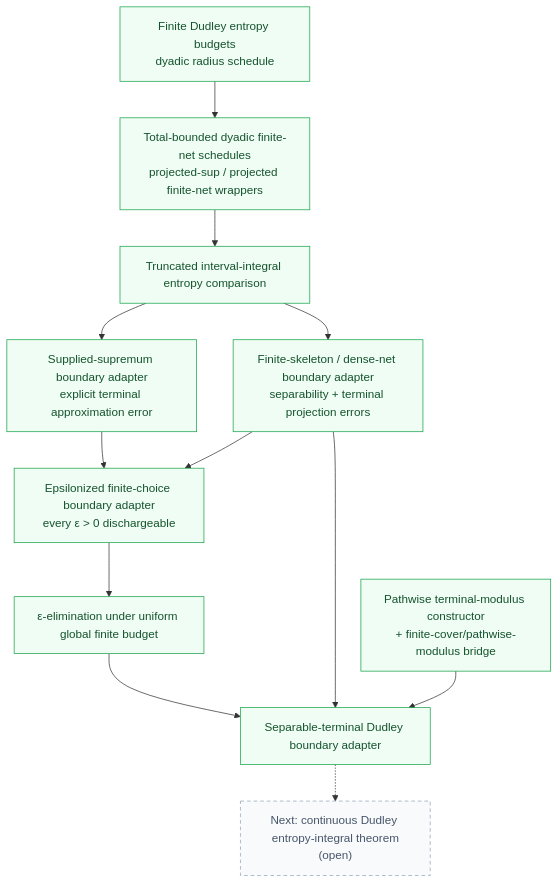
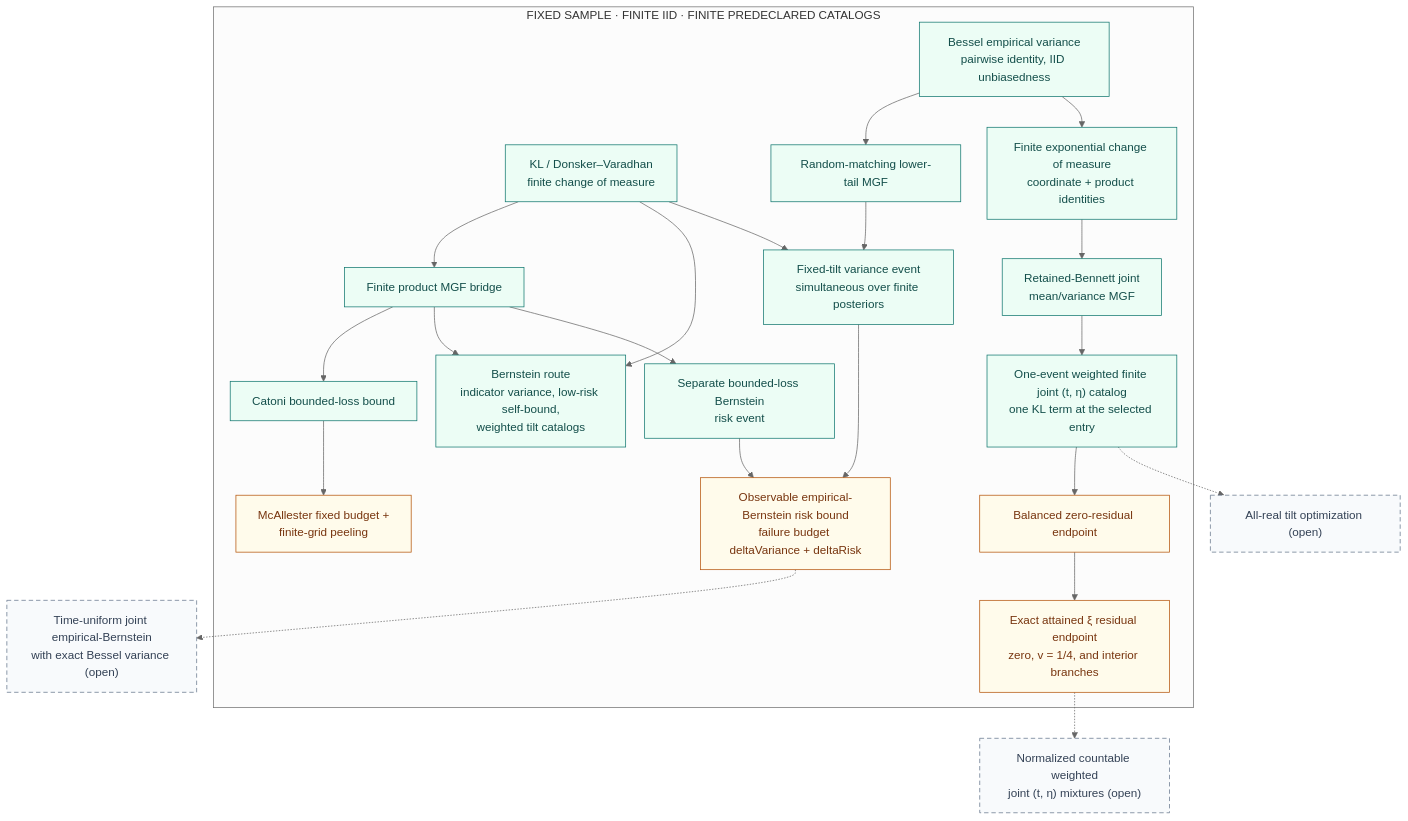
The third of 4 diagrams in docs/diagrams.md (Robby955/FormalSLT), drawn with Mermaid before and after one commit. The commit also changed other lines of this file and 4 other files, not shown here.

First line of the commit message:
docs: refresh visual theorem map to current checked surface

````diff
--- a/docs/diagrams.md
+++ b/docs/diagrams.md
@@ -157,26 +113,51 @@
 ```mermaid
+%%{init: {'theme': 'neutral', 'flowchart': {'rankSpacing': 42, 'nodeSpacing': 26}}}%%
 flowchart TD
-    budgets["Finite Dudley entropy budgets<br/>dyadic radius schedule"]
-    netsched["Total-bounded dyadic finite-net schedules<br/>projected-sup / projected finite-net wrappers"]
-    interval["Truncated interval-integral entropy comparison"]
-    supplied["Supplied-supremum boundary adapter<br/>explicit terminal approximation error"]
-    skeleton["Finite-skeleton / dense-net boundary adapter<br/>separability + terminal projection errors"]
-    epsilonized["Epsilonized finite-choice boundary adapter<br/>every ε > 0 dischargeable"]
-    eliminate["ε-elimination under uniform global finite budget"]
-    separable["Separable-terminal Dudley boundary adapter"]
-    pathwise["Pathwise terminal-modulus constructor<br/>+ finite-cover/pathwise-modulus bridge"]
-    future["Next: continuous Dudley entropy-integral theorem<br/>(open)"]
+    subgraph scope["FIXED SAMPLE &middot; FINITE IID &middot; FINITE PREDECLARED CATALOGS"]
+        kl["KL / Donsker–Varadhan<br/>finite change of measure"]
+        pmgf["Finite product MGF bridge"]
+        catoni["Catoni bounded-loss bound"]
+        mcallester["McAllester fixed budget +<br/>finite-grid peeling"]
+        bern["Bernstein route<br/>indicator variance, low-risk self-bound,<br/>weighted tilt catalogs"]
+        bessel["Bessel empirical variance<br/>pairwise identity, IID unbiasedness"]
+        matching["Random-matching lower-tail MGF"]
+        varevent["Fixed-tilt variance event<br/>simultaneous over finite posteriors"]
+        riskevent["Separate bounded-loss Bernstein<br/>risk event"]
+        ebrisk["Observable empirical-Bernstein risk bound<br/>failure budget deltaVariance + deltaRisk"]
+        tilt["Finite exponential change of measure<br/>coordinate + product identities"]
+        jointmgf["Retained-Bennett joint<br/>mean/variance MGF"]
+        jointcat["One-event weighted finite joint (t, η) catalog<br/>one KL term at the selected entry"]
+        zerores["Balanced zero-residual endpoint"]
+        xires["Exact attained ξ residual endpoint<br/>zero, v = 1/4, and interior branches"]
+    end
+    countable["Normalized countable weighted<br/>joint (t, η) mixtures (open)"]
+    allreal["All-real tilt optimization (open)"]
+    tueb["Time-uniform joint empirical-Bernstein<br/>with exact Bessel variance (open)"]
 
-    budgets --> netsched --> interval
-    interval --> supplied --> epsilonized
-    interval --> skeleton --> epsilonized
-    epsilonized --> eliminate --> separable
-    skeleton --> separable
-    pathwise --> separable
-    separable -.-> future
+    kl --> pmgf
+    pmgf --> catoni
+    catoni --> mcallester
+    kl --> bern
+    pmgf --> bern
+    bessel --> matching
+    matching --> varevent
+    kl --> varevent
+    pmgf --> riskevent
+    varevent --> ebrisk
+    riskevent --> ebrisk
+    bessel --> tilt
+    tilt --> jointmgf
+    jointmgf --> jointcat
+    jointcat --> zerores
+    zerores --> xires
+    xires -.-> countable
+    jointcat -.-> allreal
+    ebrisk -.-> tueb
 
-    classDef verified fill:#f0fdf4,stroke:#16a34a,color:#14532d;
-    classDef future fill:#f8fafc,stroke:#94a3b8,color:#475569,stroke-dasharray: 5 4;
-    class budgets,netsched,interval,supplied,skeleton,epsilonized,eliminate,separable,pathwise verified;
-    class future future;
+    classDef checked fill:#ecfdf5,stroke:#0f766e,color:#134e4a;
+    classDef endpointNode fill:#fffbeb,stroke:#b45309,color:#78350f;
+    classDef open fill:#f8fafc,stroke:#64748b,color:#334155,stroke-dasharray:6 4;
+    class kl,pmgf,catoni,bern,bessel,matching,varevent,riskevent,tilt,jointmgf,jointcat checked;
+    class mcallester,ebrisk,zerores,xires endpointNode;
+    class countable,allreal,tueb open;
 ```
````
